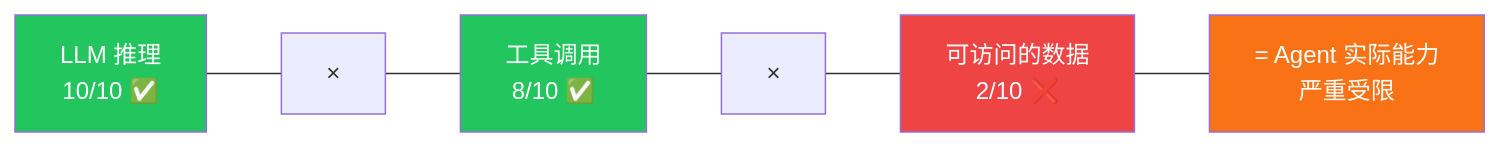
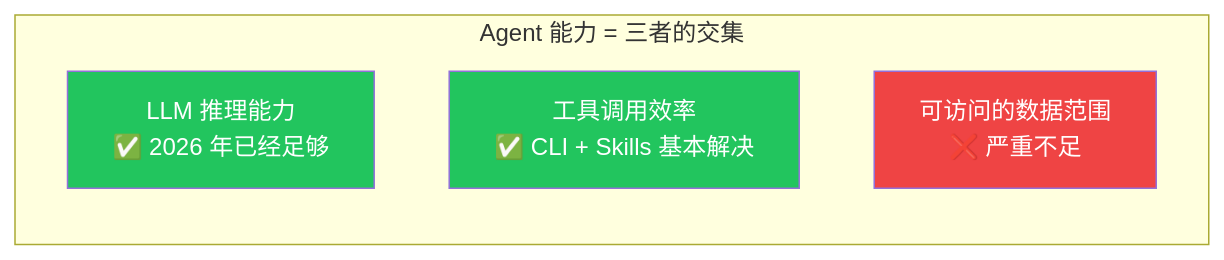
One commit to Trashwbin/quill changed the second of 5 diagrams in content/zh/posts/agent-bottleneck-data-sovereignty.md. Above: the diagram before and after it, drawn with Mermaid. The commit also changed other lines of this file, not shown here.

````diff
--- a/content/zh/posts/agent-bottleneck-data-sovereignty.md
+++ b/content/zh/posts/agent-bottleneck-data-sovereignty.md
@@ -22,17 +45,12 @@
 ```mermaid
 graph LR
-    A["LLM 推理<br/>10/10 ✅"] 
-    B["工具调用<br/>8/10 ✅"]
-    C["可访问的数据<br/>2/10 ❌"]
-    
-    A --- Times1["×"]
-    Times1 --- B
-    B --- Times2["×"]
-    Times2 --- C
-    C --- Result["= Agent 实际能力<br/>严重受限"]
+    subgraph "Agent 能力 = 三者的交集"
+        A["LLM 推理能力<br/>✅ 2026 年已经足够"]
+        B["工具调用效率<br/>✅ CLI + Skills 基本解决"]
+        C["可访问的数据范围<br/>❌ 严重不足"]
+    end
     
     style A fill:#22c55e,color:#fff
     style B fill:#22c55e,color:#fff
     style C fill:#ef4444,color:#fff
-    style Result fill:#f97316,color:#fff
 ```
````
